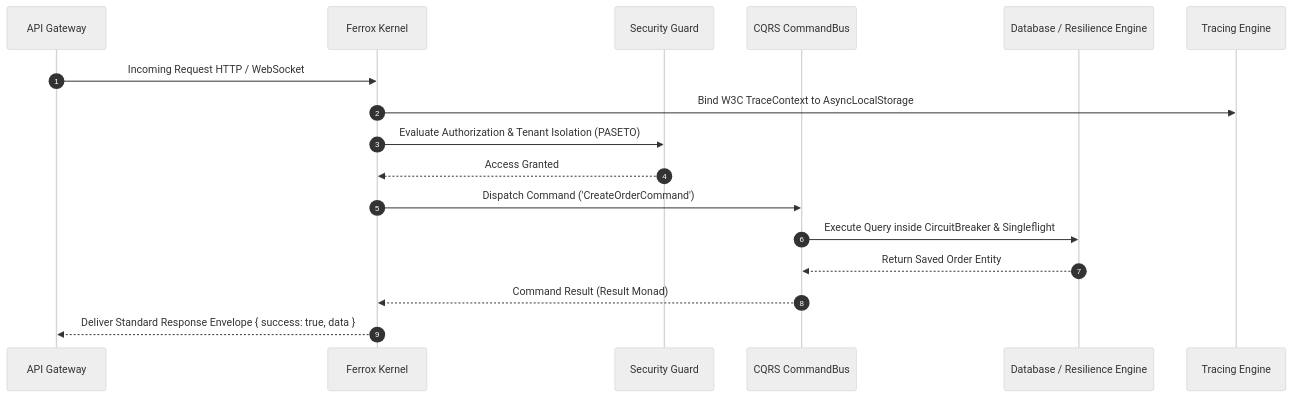
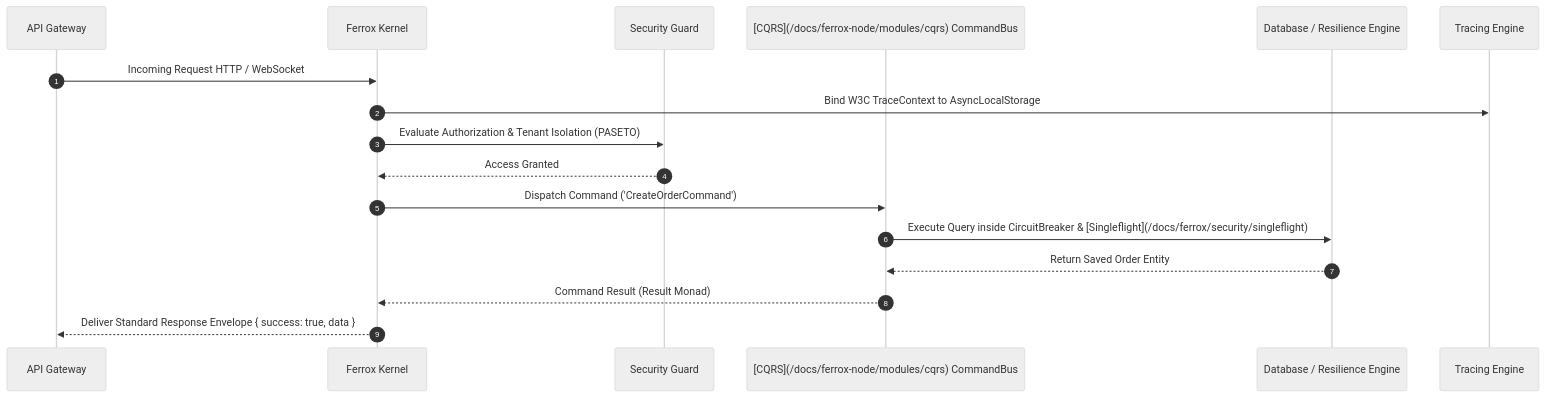
Before and after one commit to AI-Autistic-Intelligence/ferrox-docs: the diagram in docs/ferrox-node/overview/intro.md, drawn with Mermaid (neutral theme). The commit also changed other lines of this file and 121 other files, not shown here.

````diff
--- a/docs/ferrox-node/overview/intro.md
+++ b/docs/ferrox-node/overview/intro.md
@@ -79,20 +79,20 @@
 ```mermaid
 sequenceDiagram
     autonumber
     participant Gateway as API Gateway
     participant Kernel as Ferrox Kernel
     participant Guard as Security Guard
-    participant Bus as CQRS CommandBus
+    participant Bus as [CQRS](/docs/ferrox-node/modules/cqrs) CommandBus
     participant DB as Database / Resilience Engine
     participant Trace as Tracing Engine
 
     Gateway->>Kernel: Incoming Request HTTP / WebSocket
     Kernel->>Trace: Bind W3C TraceContext to AsyncLocalStorage
     Kernel->>Guard: Evaluate Authorization & Tenant Isolation (PASETO)
     Guard-->>Kernel: Access Granted
     Kernel->>Bus: Dispatch Command ('CreateOrderCommand')
-    Bus->>DB: Execute Query inside CircuitBreaker & Singleflight
+    Bus->>DB: Execute Query inside CircuitBreaker & [Singleflight](/docs/ferrox/security/singleflight)
     DB-->>Bus: Return Saved Order Entity
     Bus-->>Kernel: Command Result (Result Monad)
     Kernel-->>Gateway: Deliver Standard Response Envelope { success: true, data }
 ```
````
